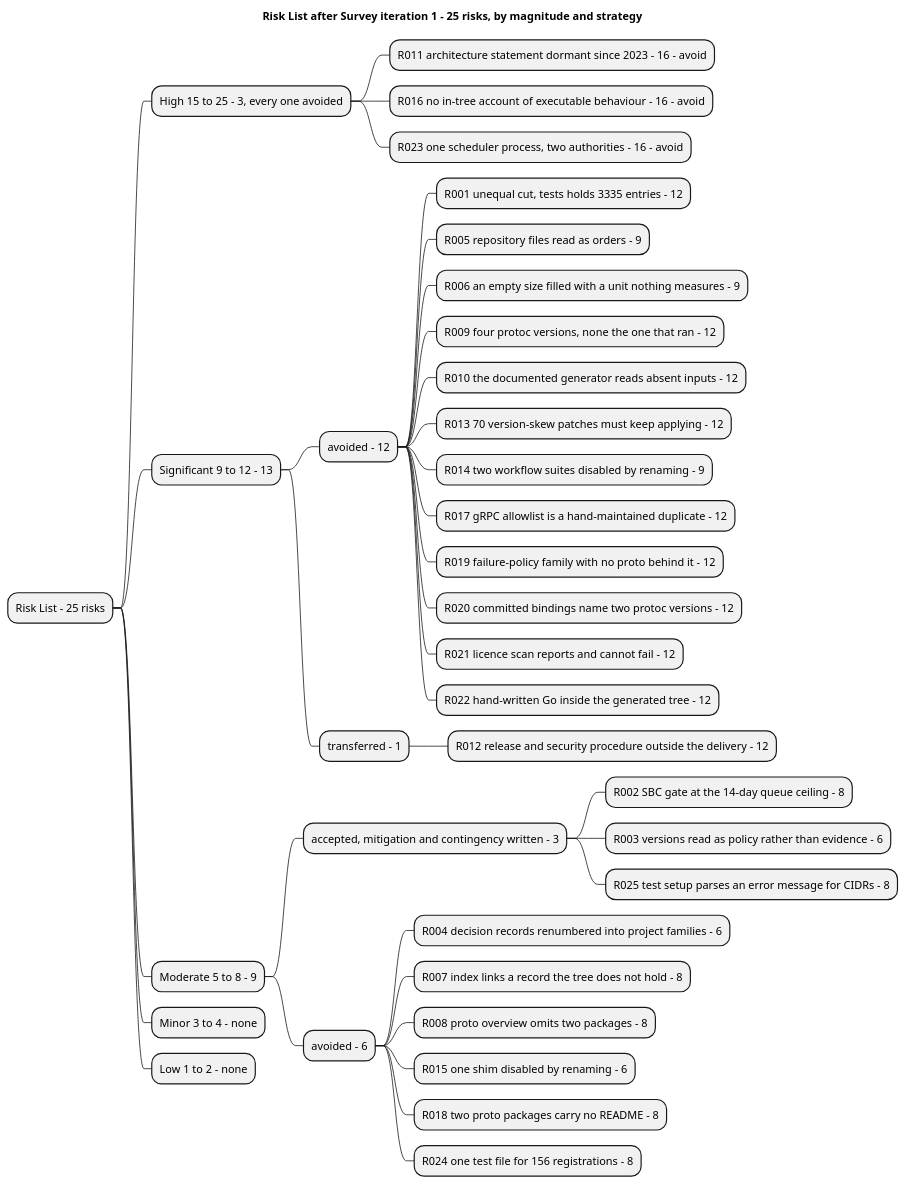
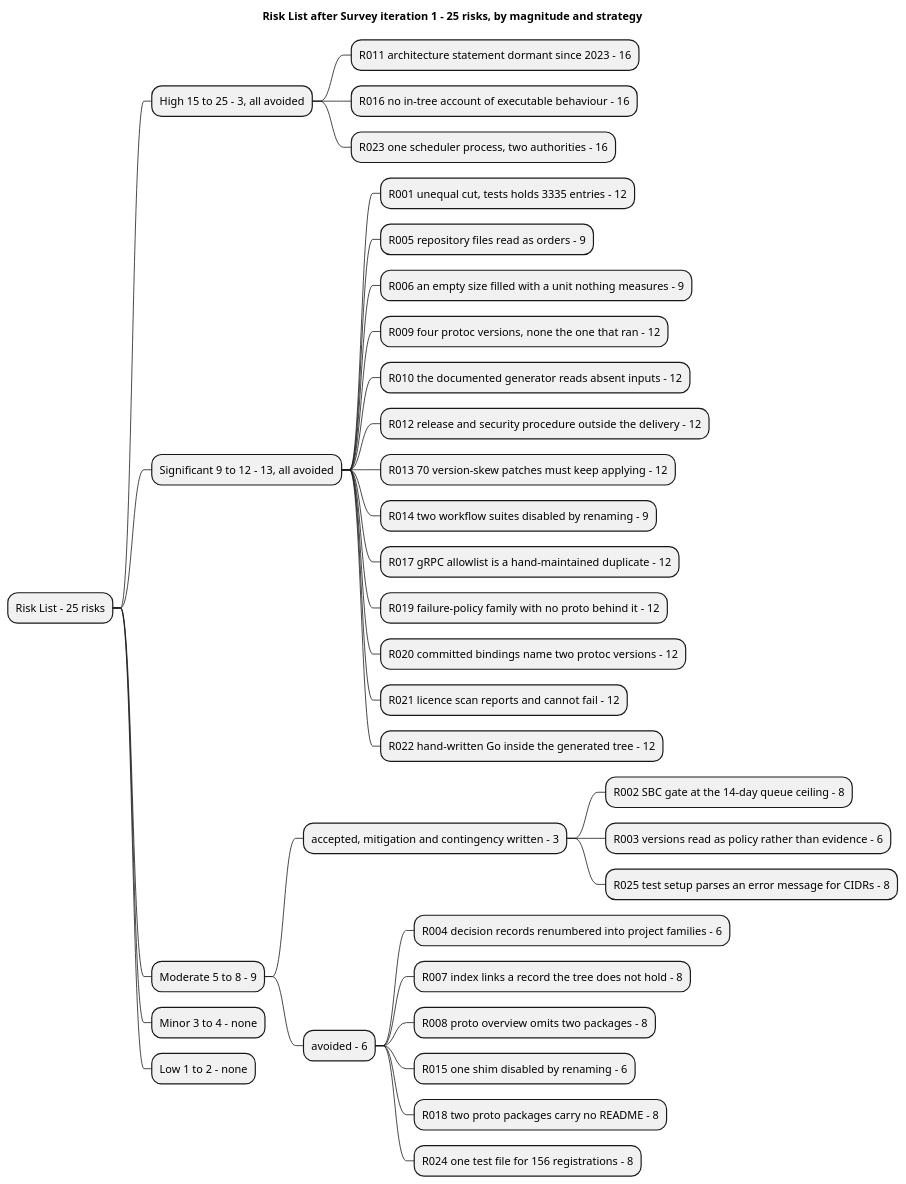
The second of 2 diagrams in docs/artifacts/project-management/risk-list.md (banense-test/dapr), drawn with PlantUML before and after one commit. The commit also changed other lines of this file, not shown here.

Commit message:
Project Manager [Survey1]: upsert Risk List
[skip ci]

````diff
--- a/docs/artifacts/project-management/risk-list.md
+++ b/docs/artifacts/project-management/risk-list.md
@@ -107,40 +107,38 @@
 ```plantuml
 @startmindmap
 title Risk List after Survey iteration 1 - 25 risks, by magnitude and strategy
 * Risk List - 25 risks
-** High 15 to 25 - 3, every one avoided
-*** R011 architecture statement dormant since 2023 - 16 - avoid
-*** R016 no in-tree account of executable behaviour - 16 - avoid
-*** R023 one scheduler process, two authorities - 16 - avoid
-** Significant 9 to 12 - 13
-*** avoided - 12
-**** R001 unequal cut, tests holds 3335 entries - 12
-**** R005 repository files read as orders - 9
-**** R006 an empty size filled with a unit nothing measures - 9
-**** R009 four protoc versions, none the one that ran - 12
-**** R010 the documented generator reads absent inputs - 12
-**** R013 70 version-skew patches must keep applying - 12
-**** R014 two workflow suites disabled by renaming - 9
-**** R017 gRPC allowlist is a hand-maintained duplicate - 12
-**** R019 failure-policy family with no proto behind it - 12
-**** R020 committed bindings name two protoc versions - 12
-**** R021 licence scan reports and cannot fail - 12
-**** R022 hand-written Go inside the generated tree - 12
-*** transferred - 1
-**** R012 release and security procedure outside the delivery - 12
+** High 15 to 25 - 3, all avoided
+*** R011 architecture statement dormant since 2023 - 16
+*** R016 no in-tree account of executable behaviour - 16
+*** R023 one scheduler process, two authorities - 16
+** Significant 9 to 12 - 13, all avoided
+*** R001 unequal cut, tests holds 3335 entries - 12
+*** R005 repository files read as orders - 9
+*** R006 an empty size filled with a unit nothing measures - 9
+*** R009 four protoc versions, none the one that ran - 12
+*** R010 the documented generator reads absent inputs - 12
+*** R012 release and security procedure outside the delivery - 12
+*** R013 70 version-skew patches must keep applying - 12
+*** R014 two workflow suites disabled by renaming - 9
+*** R017 gRPC allowlist is a hand-maintained duplicate - 12
+*** R019 failure-policy family with no proto behind it - 12
+*** R020 committed bindings name two protoc versions - 12
+*** R021 licence scan reports and cannot fail - 12
+*** R022 hand-written Go inside the generated tree - 12
 ** Moderate 5 to 8 - 9
 *** accepted, mitigation and contingency written - 3
 **** R002 SBC gate at the 14-day queue ceiling - 8
 **** R003 versions read as policy rather than evidence - 6
 **** R025 test setup parses an error message for CIDRs - 8
 *** avoided - 6
 **** R004 decision records renumbered into project families - 6
 **** R007 index links a record the tree does not hold - 8
 **** R008 proto overview omits two packages - 8
 **** R015 one shim disabled by renaming - 6
 **** R018 two proto packages carry no README - 8
 **** R024 one test file for 156 registrations - 8
 ** Minor 3 to 4 - none
 ** Low 1 to 2 - none
 @endmindmap
 ```
````
